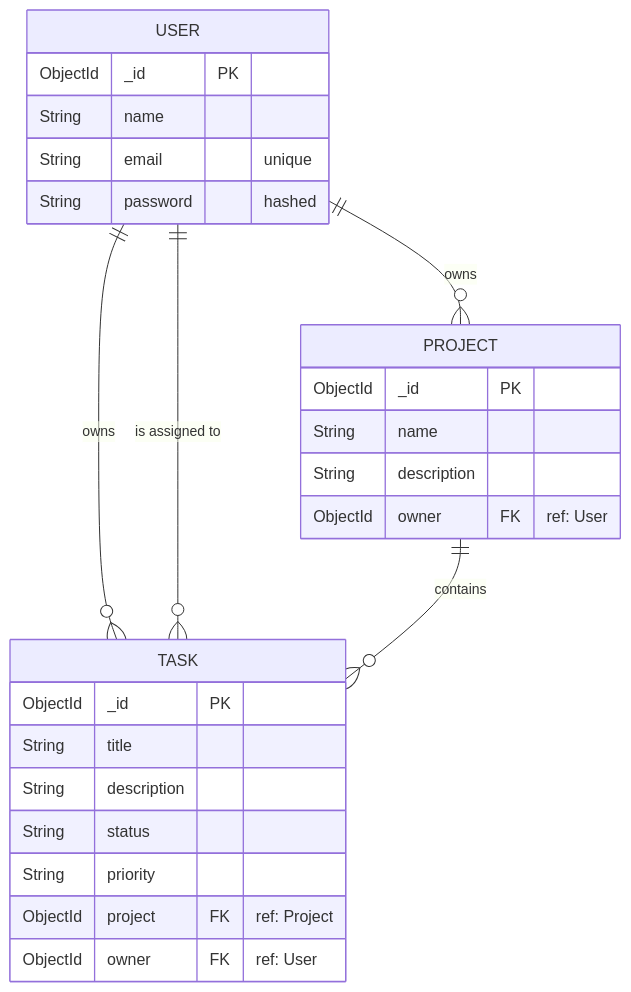
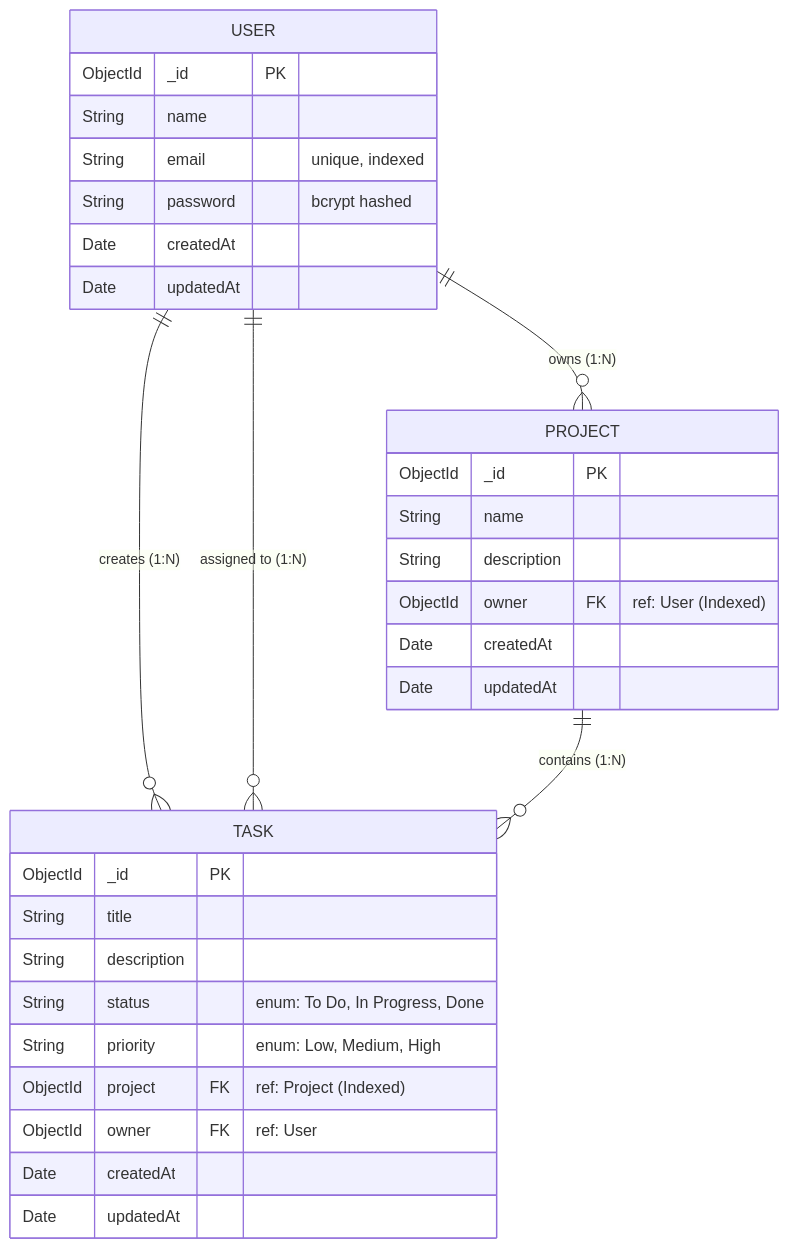
One commit to UnknownArk/MERN-Agile-Tracker changed the diagram in README.md. Above: the diagram before and after it, drawn with Mermaid. The commit also changed other lines of this file and 1 other file, not shown here.

````diff
--- a/README.md
+++ b/README.md
@@ -24,31 +49,37 @@
 ```mermaid
 erDiagram
-    USER ||--o{ PROJECT : owns
-    USER ||--o{ TASK : owns
-    USER ||--o{ TASK : "is assigned to"
-    PROJECT ||--o{ TASK : contains
+    USER ||--o{ PROJECT : "owns (1:N)"
+    USER ||--o{ TASK : "creates (1:N)"
+    USER ||--o{ TASK : "assigned to (1:N)"
+    PROJECT ||--o{ TASK : "contains (1:N)"
 
     USER {
         ObjectId _id PK
         String name
-        String email "unique"
-        String password "hashed"
+        String email "unique, indexed"
+        String password "bcrypt hashed"
+        Date createdAt
+        Date updatedAt
     }
 
     PROJECT {
         ObjectId _id PK
         String name
         String description
-        ObjectId owner FK "ref: User"
+        ObjectId owner FK "ref: User (Indexed)"
+        Date createdAt
+        Date updatedAt
     }
 
     TASK {
         ObjectId _id PK
         String title
         String description
-        String status
-        String priority
-        ObjectId project FK "ref: Project"
+        String status "enum: To Do, In Progress, Done"
+        String priority "enum: Low, Medium, High"
+        ObjectId project FK "ref: Project (Indexed)"
         ObjectId owner FK "ref: User"
+        Date createdAt
+        Date updatedAt
     }
 ```
````
